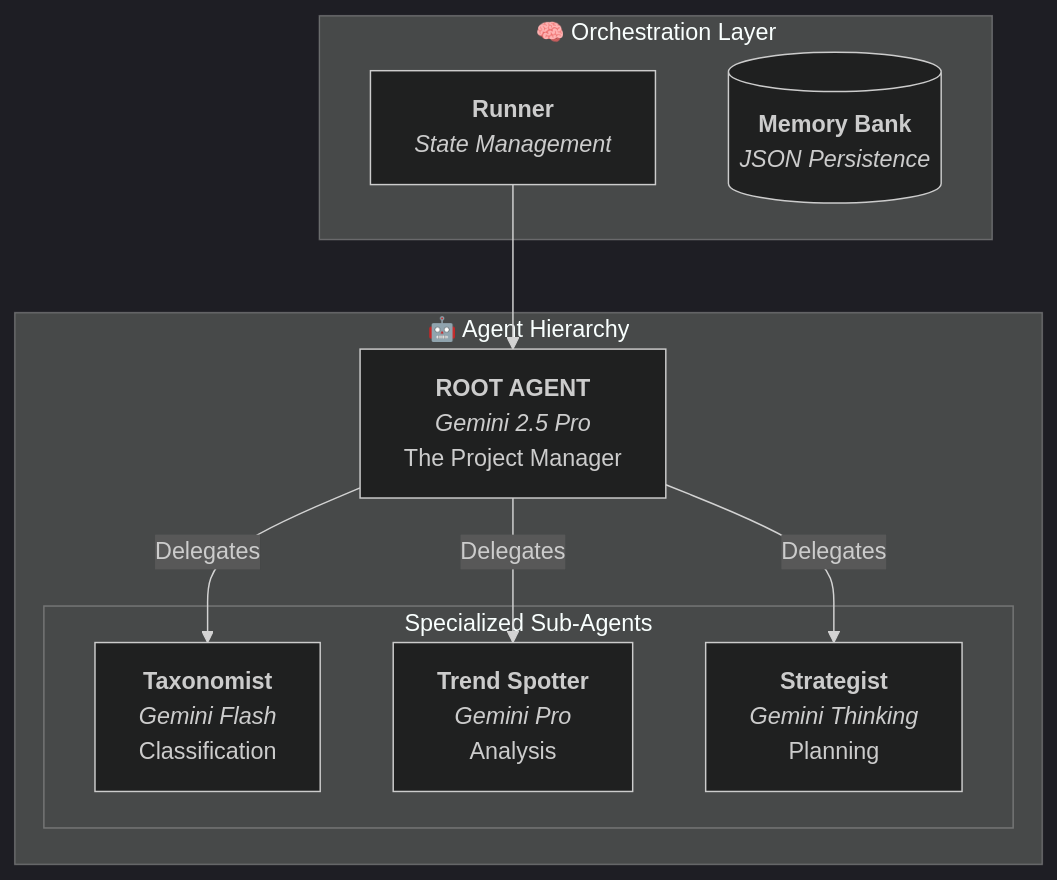
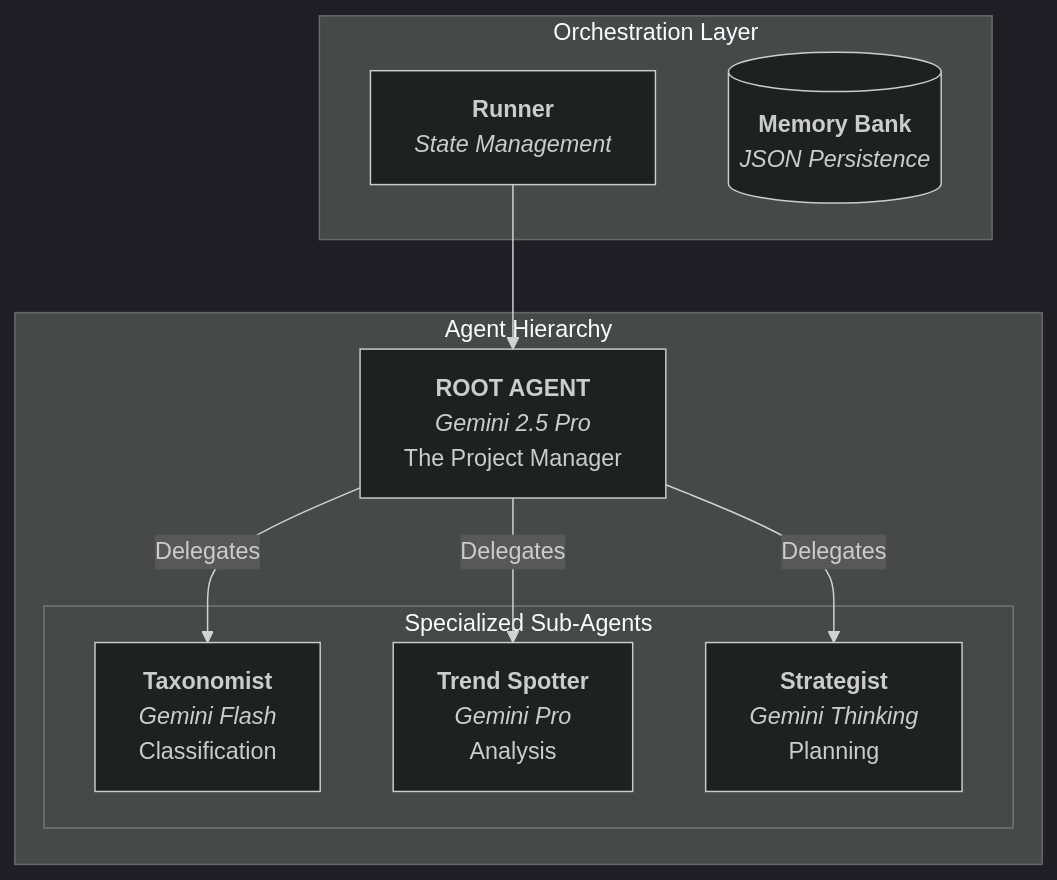
Before and after one commit to amitdevx/portfolio: the first of 2 diagrams in src/content/posts/professor-profiler.mdx, drawn with Mermaid (dark theme). The commit also changed other lines of this file and 8 other files, not shown here.

`````diff
--- a/src/content/posts/professor-profiler.mdx
+++ b/src/content/posts/professor-profiler.mdx
@@ -25,22 +25,22 @@
 ```mermaid
 flowchart TD
-    subgraph Orchestration_Layer ["🧠 Orchestration Layer"]
+    subgraph Orchestration_Layer [" Orchestration Layer"]
         Runner[<b>Runner</b><br/><i>State Management</i>]
         Memory[(<b>Memory Bank</b><br/><i>JSON Persistence</i>)]
     end
 
-    subgraph Agent_Layer ["🤖 Agent Hierarchy"]
+    subgraph Agent_Layer [" Agent Hierarchy"]
         Root[<b>ROOT AGENT</b><br/><i>Gemini 2.5 Pro</i><br/>The Project Manager]
         
         subgraph Workers ["Specialized Sub-Agents"]
             Taxonomist[<b>Taxonomist</b><br/><i>Gemini Flash</i><br/>Classification]
             Trend[<b>Trend Spotter</b><br/><i>Gemini Pro</i><br/>Analysis]
             Strat[<b>Strategist</b><br/><i>Gemini Thinking</i><br/>Planning]
         end
     end
 
     Runner --> Root
     Root --Delegates--> Taxonomist
     Root --Delegates--> Trend
     Root --Delegates--> Strat
 ````
`````
